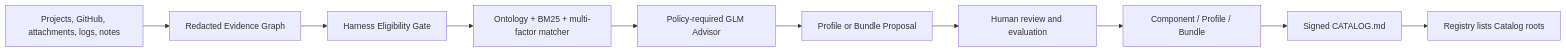
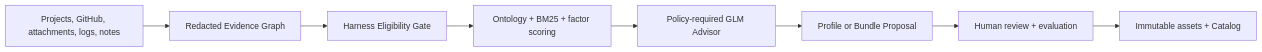
Before and after one commit to yeliang-wang/evopilot-harness: the diagram in README.md, drawn with Mermaid. The commit also changed other lines of this file and 30 other files, not shown here.

````diff
--- a/README.md
+++ b/README.md
@@ -105,12 +63,10 @@
 ```mermaid
 flowchart LR
-  Sources["Projects, GitHub, attachments, logs, notes"] --> Snapshot["Redacted Evidence Graph"]
-  Snapshot --> Gate["Harness Eligibility Gate"]
-  Gate --> Matcher["Ontology + BM25 + multi-factor matcher"]
-  Matcher --> Advisor["Policy-required GLM Advisor"]
+  Sources["Projects, GitHub, attachments, logs, notes"] --> Graph["Redacted Evidence Graph"]
+  Graph --> Gate["Harness Eligibility Gate"]
+  Gate --> Match["Ontology + BM25 + factor scoring"]
+  Match --> Advisor["Policy-required GLM Advisor"]
   Advisor --> Proposal["Profile or Bundle Proposal"]
-  Proposal --> Review["Human review and evaluation"]
-  Review --> Assets["Component / Profile / Bundle"]
-  Assets --> Catalog["Signed CATALOG.md"]
-  Catalog --> Registry["Registry lists Catalog roots"]
+  Proposal --> Review["Human review + evaluation"]
+  Review --> Catalog["Immutable assets + Catalog"]
 ```
````
